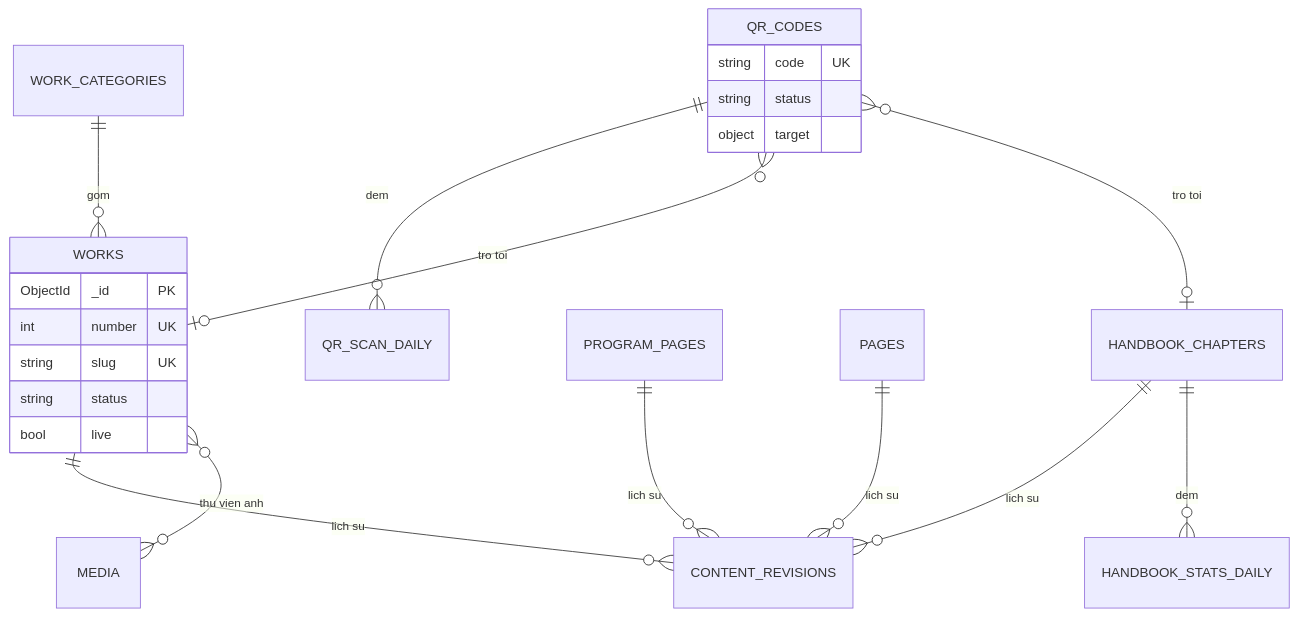
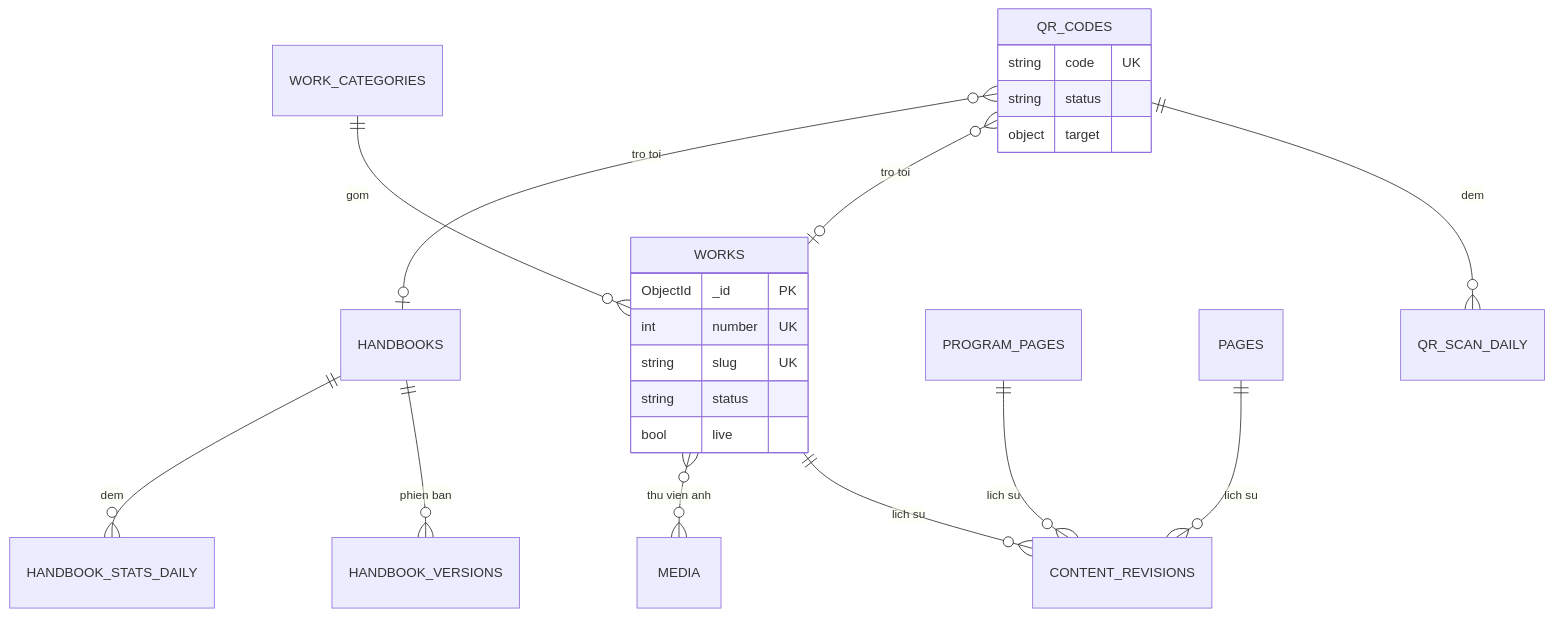
Before and after one commit to vctrong/lavieco: the second of 4 diagrams in docs/03-co-so-du-lieu.md, drawn with Mermaid. The commit also changed other lines of this file and 119 other files, not shown here.

First line of the commit message:
feat(content-service,admin): digital green handbook as versioned image pages

````diff
--- a/docs/03-co-so-du-lieu.md
+++ b/docs/03-co-so-du-lieu.md
@@ -140,25 +144,25 @@
 ```mermaid
 erDiagram
   WORK_CATEGORIES ||--o{ WORKS : "gom"
   WORKS ||--o{ CONTENT_REVISIONS : "lich su"
-  HANDBOOK_CHAPTERS ||--o{ CONTENT_REVISIONS : "lich su"
+  HANDBOOKS ||--o{ HANDBOOK_VERSIONS : "phien ban"
   PROGRAM_PAGES ||--o{ CONTENT_REVISIONS : "lich su"
   PAGES ||--o{ CONTENT_REVISIONS : "lich su"
   QR_CODES ||--o{ QR_SCAN_DAILY : "dem"
-  HANDBOOK_CHAPTERS ||--o{ HANDBOOK_STATS_DAILY : "dem"
+  HANDBOOKS ||--o{ HANDBOOK_STATS_DAILY : "dem"
   QR_CODES }o--o| WORKS : "tro toi"
-  QR_CODES }o--o| HANDBOOK_CHAPTERS : "tro toi"
+  QR_CODES }o--o| HANDBOOKS : "tro toi"
   WORKS }o--o{ MEDIA : "thu vien anh"
   WORKS {
     ObjectId _id PK
     int number UK
     string slug UK
     string status
     bool live
   }
   QR_CODES {
     string code UK
     string status
     object target
   }
 ```
````
